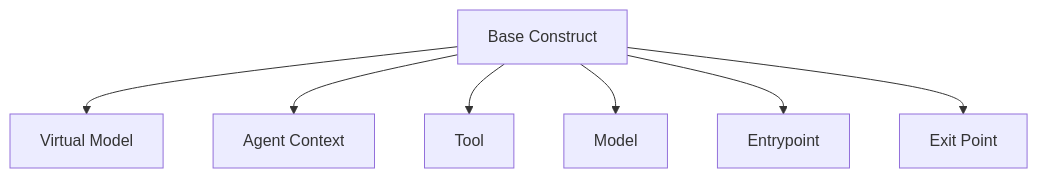
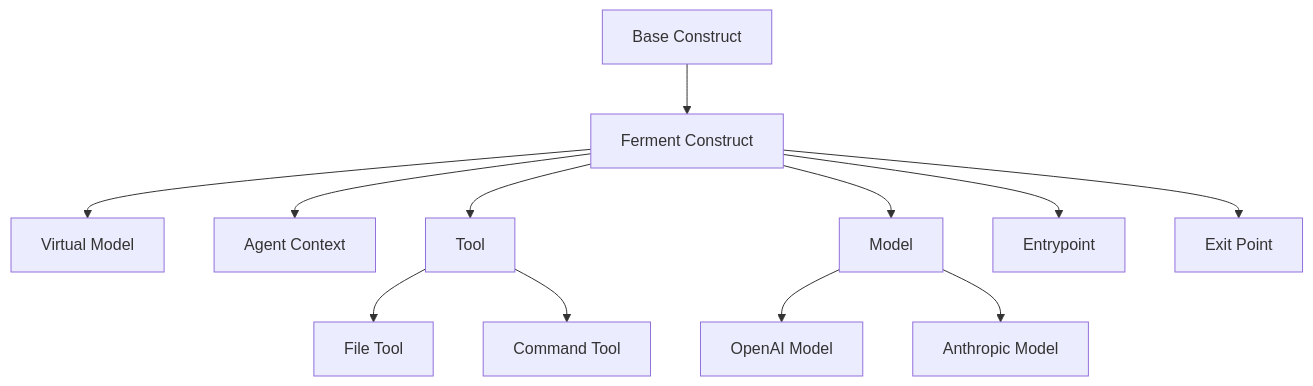
One commit to liamzdenek/ferment-ai changed the first of 3 diagrams in memory-bank/systemPatterns.md. Above: the diagram before and after it, drawn with Mermaid. The commit also changed other lines of this file and 15 other files, not shown here.

````diff
--- a/memory-bank/systemPatterns.md
+++ b/memory-bank/systemPatterns.md
@@ -9,9 +9,14 @@
 ```mermaid
 graph TD
-    Construct[Base Construct] --> VirtualModel[Virtual Model]
-    Construct --> AgentContext[Agent Context]
-    Construct --> Tool[Tool]
-    Construct --> Model[Model]
-    Construct --> Entrypoint[Entrypoint]
-    Construct --> ExitPoint[Exit Point]
+    Construct[Base Construct] --> FermentConstruct[Ferment Construct]
+    FermentConstruct --> VirtualModel[Virtual Model]
+    FermentConstruct --> AgentContext[Agent Context]
+    FermentConstruct --> Tool[Tool]
+    FermentConstruct --> Model[Model]
+    FermentConstruct --> Entrypoint[Entrypoint]
+    FermentConstruct --> ExitPoint[Exit Point]
+    Model --> OpenAIModel[OpenAI Model]
+    Model --> AnthropicModel[Anthropic Model]
+    Tool --> FileTool[File Tool]
+    Tool --> CommandTool[Command Tool]
 ```
````
